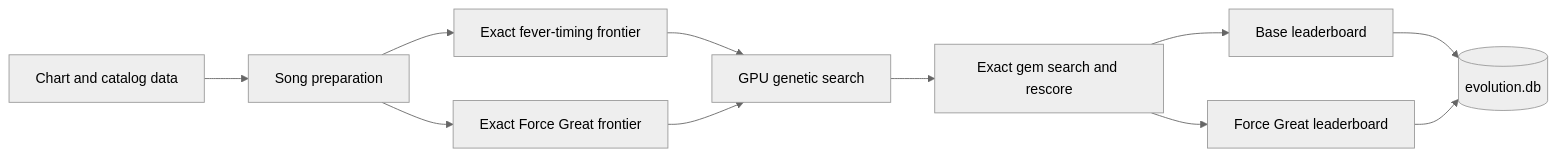
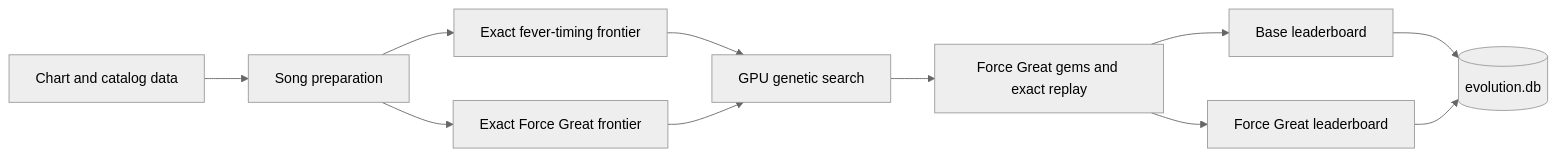
Before and after one commit to TheBaconactor/RoBeats-Calculator-Engine: the diagram in README.md, drawn with Mermaid (neutral theme). The commit also changed other lines of this file and 11 other files, not shown here.

````diff
--- a/README.md
+++ b/README.md
@@ -113,13 +113,13 @@
 ```mermaid
 flowchart LR
     A["Chart and catalog data"] --> B["Song preparation"]
     B --> C["Exact fever-timing frontier"]
     B --> D["Exact Force Great frontier"]
     C --> E["GPU genetic search"]
     D --> E
-    E --> F["Exact gem search and rescore"]
+    E --> F["Force Great gems and exact replay"]
     F --> G["Base leaderboard"]
     F --> H["Force Great leaderboard"]
     G --> I[("evolution.db")]
     H --> I
 ```
````
